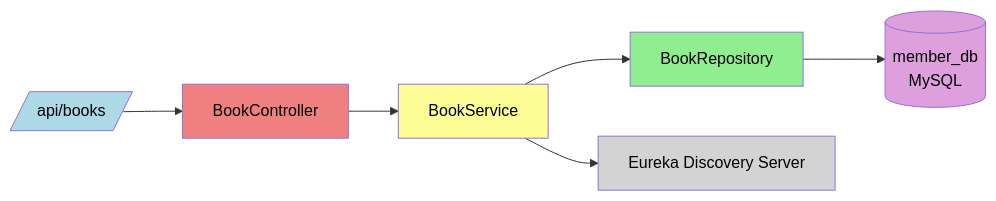
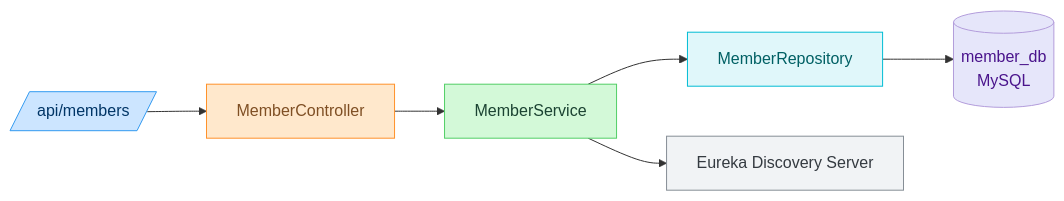
The first of 3 diagrams in README.md (SakshiShinde1622/member_management_service), drawn with Mermaid before and after one commit. The commit also changed other lines of this file, not shown here.

````diff
--- a/README.md
+++ b/README.md
@@ -69,23 +69,23 @@
 ```mermaid
 flowchart LR
-  A[/api/books/] --> B[BookController]
-  B --> C[BookService]
-  C --> D[BookRepository]
+  A[/api/members/] --> B[MemberController]
+  B --> C[MemberService]
+  C --> D[MemberRepository]
   D --> E[(member_db<br>MySQL)]
   C --> F[Eureka Discovery Server]
 
-  %% Styling
-  classDef api fill:#add8e6,color:#000
-  classDef controller fill:#f08080,color:#000
-  classDef service fill:#fdfd96,color:#000
-  classDef repo fill:#90ee90,color:#000
-  classDef db fill:#dda0dd,color:#000
-  classDef registry fill:#d3d3d3,color:#000
+  %% Color Scheme Styling
+  classDef endpoint fill:#cce5ff,stroke:#339af0,color:#003566
+  classDef controller fill:#ffe8cc,stroke:#ff922b,color:#7f4f24
+  classDef service fill:#d3f9d8,stroke:#51cf66,color:#1b4332
+  classDef repository fill:#e0f7fa,stroke:#00bcd4,color:#006064
+  classDef database fill:#e6e6fa,stroke:#b39ddb,color:#4a148c
+  classDef registry fill:#f1f3f5,stroke:#868e96,color:#343a40
 
-  class A api
+  class A endpoint
   class B controller
   class C service
-  class D repo
-  class E db
+  class D repository
+  class E database
   class F registry
 ```
````
